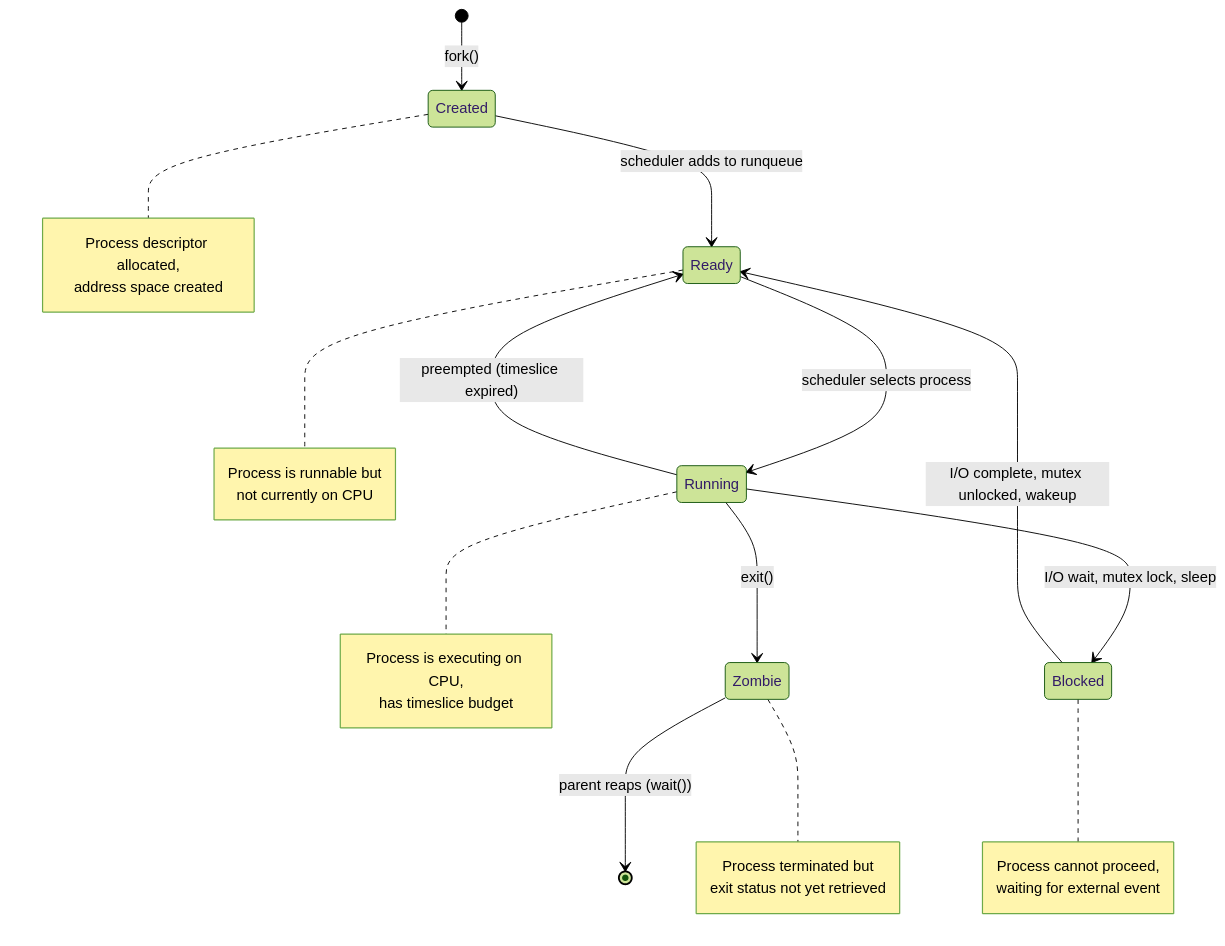
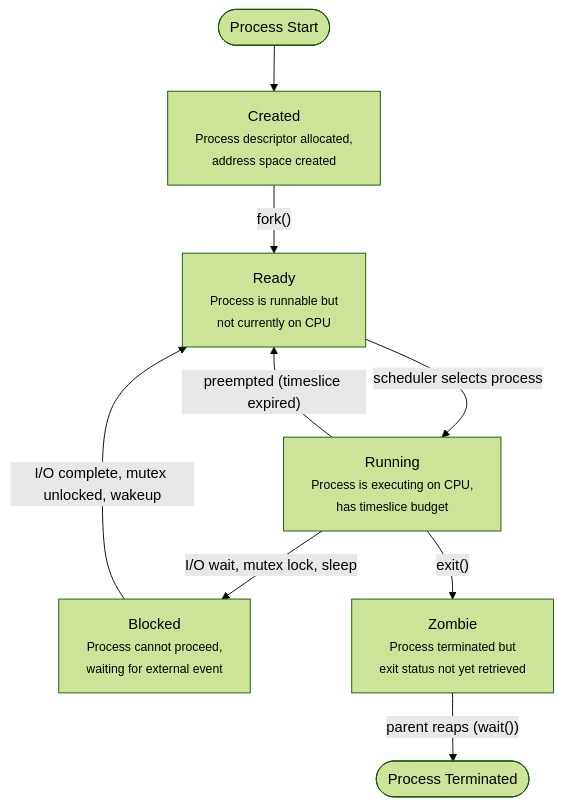
One commit to blebleblee/synapse changed the third of 3 diagrams in topics/computing/infrastructure/infrastructure/lesson_01_foundations_and_invariants.md. Above: the diagram before and after it, drawn with Mermaid (forest theme). The commit also changed 1464 other files, not shown here.

Commit message:
feat(release): curriculum vector mermaid upgrade, render hardening, and master synpack

````diff
--- a/topics/computing/infrastructure/infrastructure/lesson_01_foundations_and_invariants.md
+++ b/topics/computing/infrastructure/infrastructure/lesson_01_foundations_and_invariants.md
@@ -310,36 +310,11 @@
 ```mermaid
-stateDiagram-v2
-    [*] --> Created: fork()
-    Created --> Ready: scheduler adds to runqueue
-    Ready --> Running: scheduler selects process
-    Running --> Ready: preempted (timeslice expired)
-    Running --> Blocked: I/O wait, mutex lock, sleep
-    Blocked --> Ready: I/O complete, mutex unlocked, wakeup
-    Running --> Zombie: exit()
-    Zombie --> [*]: parent reaps (wait())
-    
-    note right of Created
-        Process descriptor allocated,
-        address space created
-    end note
-    
-    note right of Ready
-        Process is runnable but
-        not currently on CPU
-    end note
-    
-    note right of Running
-        Process is executing on CPU,
-        has timeslice budget
-    end note
-    
-    note right of Blocked
-        Process cannot proceed,
-        waiting for external event
-    end note
-    
-    note right of Zombie
-        Process terminated but
-        exit status not yet retrieved
-    end note
+flowchart TD
+    Start([Process Start]) --> Created["Created<br/><small>Process descriptor allocated,<br/>address space created</small>"]
+    Created -->|"fork()"| Ready["Ready<br/><small>Process is runnable but<br/>not currently on CPU</small>"]
+    Ready -->|"scheduler selects process"| Running["Running<br/><small>Process is executing on CPU,<br/>has timeslice budget</small>"]
+    Running -->|"preempted (timeslice expired)"| Ready
+    Running -->|"I/O wait, mutex lock, sleep"| Blocked["Blocked<br/><small>Process cannot proceed,<br/>waiting for external event</small>"]
+    Blocked -->|"I/O complete, mutex unlocked, wakeup"| Ready
+    Running -->|"exit()"| Zombie["Zombie<br/><small>Process terminated but<br/>exit status not yet retrieved</small>"]
+    Zombie -->|"parent reaps (wait())"| End([Process Terminated])
 ```
````
